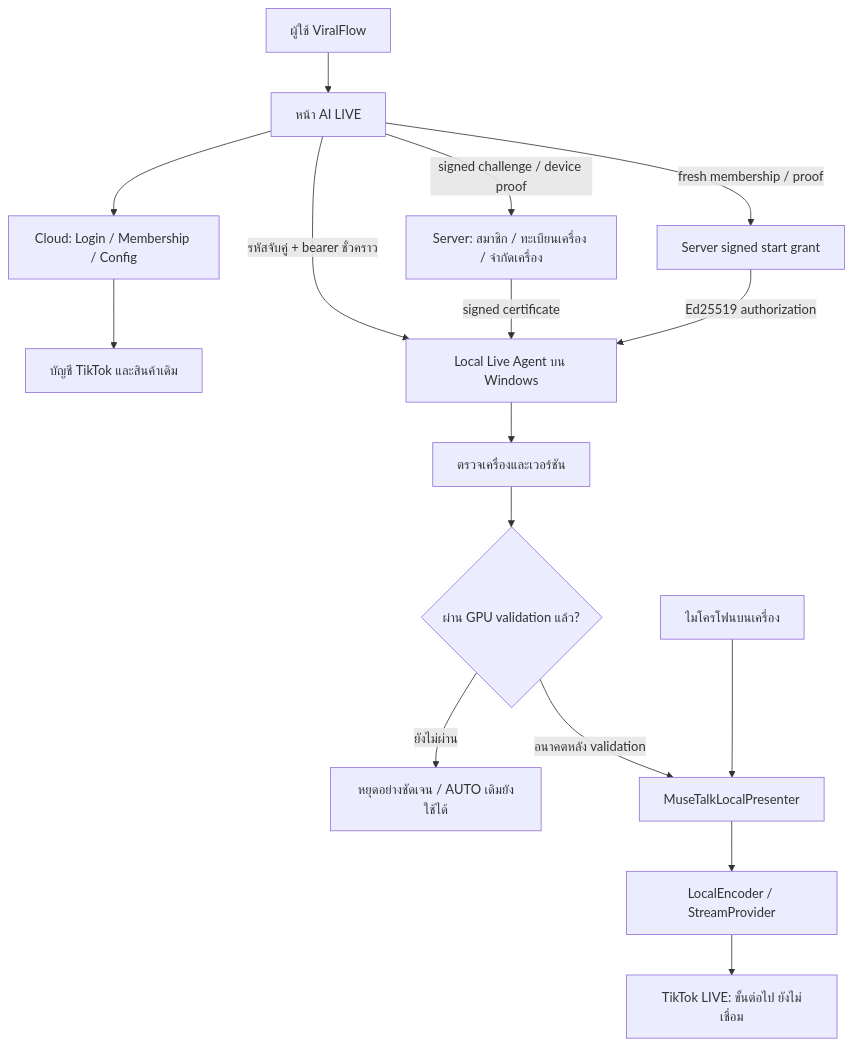
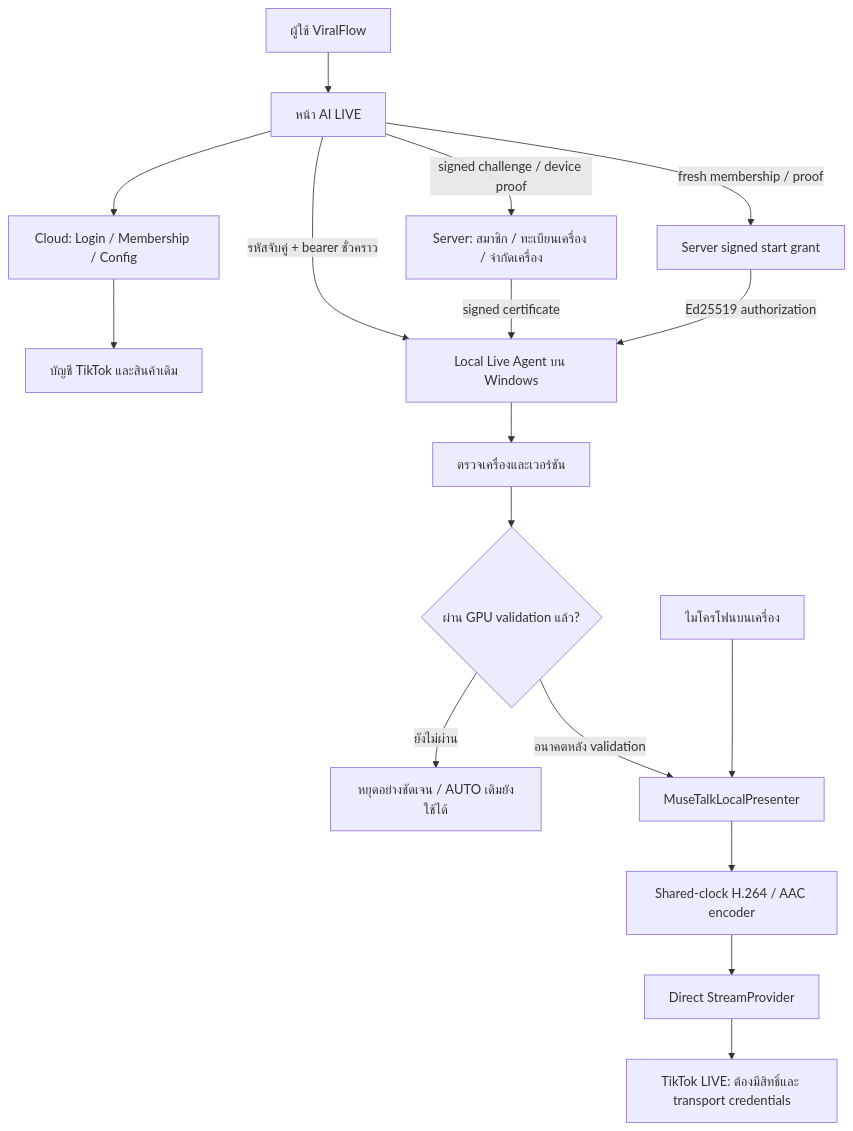
The first of 2 diagrams in docs/AI_LIVE_ARCHITECTURE.md (kkhunmingg-commits/viralflow-ai), drawn with Mermaid before and after one commit. The commit also changed other lines of this file and 41 other files, not shown here.

````diff
--- a/docs/AI_LIVE_ARCHITECTURE.md
+++ b/docs/AI_LIVE_ARCHITECTURE.md
@@ -16,18 +16,19 @@
 ```mermaid
 flowchart TD
   User[ผู้ใช้ ViralFlow] --> Web[หน้า AI LIVE]
   Web --> Cloud[Cloud: Login / Membership / Config]
   Cloud --> Existing[บัญชี TikTok และสินค้าเดิม]
   Web -->|รหัสจับคู่ + bearer ชั่วคราว| Agent[Local Live Agent บน Windows]
   Web -->|signed challenge / device proof| Registry[Server: สมาชิก / ทะเบียนเครื่อง / จำกัดเครื่อง]
   Registry -->|signed certificate| Agent
   Web -->|fresh membership / proof| Grant[Server signed start grant]
   Grant -->|Ed25519 authorization| Agent
   Agent --> Hardware[ตรวจเครื่องและเวอร์ชัน]
   Hardware --> Gate{ผ่าน GPU validation แล้ว?}
   Gate -->|ยังไม่ผ่าน| Block[หยุดอย่างชัดเจน / AUTO เดิมยังใช้ได้]
   Gate -->|อนาคตหลัง validation| Presenter[MuseTalkLocalPresenter]
   Mic[ไมโครโฟนบนเครื่อง] --> Presenter
-  Presenter --> Encoder[LocalEncoder / StreamProvider]
-  Encoder --> Future[TikTok LIVE: ขั้นต่อไป ยังไม่เชื่อม]
+  Presenter --> Encoder[Shared-clock H.264 / AAC encoder]
+  Encoder --> Provider[Direct StreamProvider]
+  Provider --> Future[TikTok LIVE: ต้องมีสิทธิ์และ transport credentials]
 ```
````
